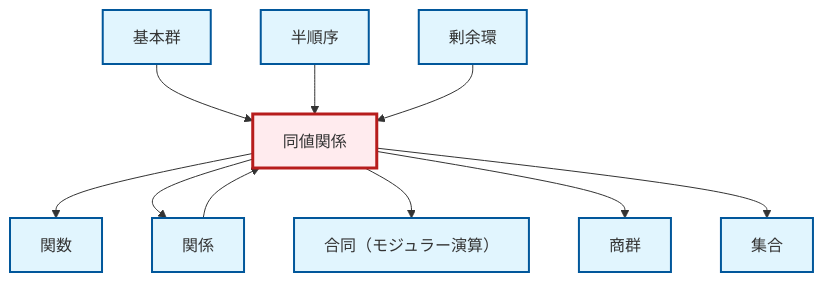
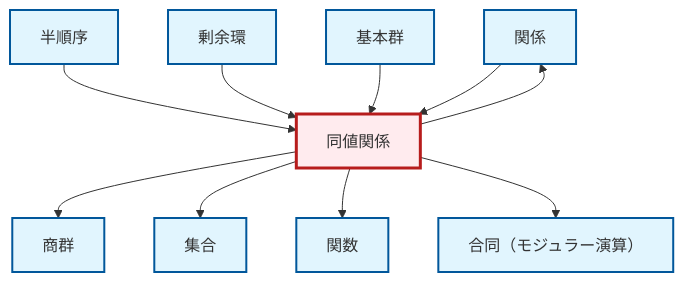
One commit to RK0429/ModernMath changed the diagram in output/mermaid/ja/def-equivalence-relation.mermaid. Above: the diagram before and after it, drawn with Mermaid. The commit also changed other lines of this file and 3102 other files, not shown here.

```diff
--- a/output/mermaid/ja/def-equivalence-relation.mermaid
+++ b/output/mermaid/ja/def-equivalence-relation.mermaid
@@ -1,25 +1,25 @@
 graph TD
     classDef definition fill:#e1f5fe,stroke:#01579b,stroke-width:2px
     classDef theorem fill:#f3e5f5,stroke:#4a148c,stroke-width:2px
     classDef axiom fill:#fff3e0,stroke:#e65100,stroke-width:2px
     classDef example fill:#e8f5e9,stroke:#1b5e20,stroke-width:2px
     classDef current fill:#ffebee,stroke:#b71c1c,stroke-width:3px
-    def-quotient-ring["剰余環"]:::definition
     def-congruence["合同（モジュラー演算）"]:::definition
     def-function["関数"]:::definition
+    def-relation["関係"]:::definition
+    def-equivalence-relation["同値関係"]:::definition
     def-set["集合"]:::definition
-    def-equivalence-relation["同値関係"]:::definition
+    def-partial-order["半順序"]:::definition
     def-fundamental-group["基本群"]:::definition
+    def-quotient-ring["剰余環"]:::definition
     def-quotient-group["商群"]:::definition
-    def-relation["関係"]:::definition
-    def-partial-order["半順序"]:::definition
+    def-equivalence-relation --> def-quotient-group
+    def-partial-order --> def-equivalence-relation
+    def-equivalence-relation --> def-set
     def-equivalence-relation --> def-function
+    def-equivalence-relation --> def-relation
+    def-quotient-ring --> def-equivalence-relation
     def-fundamental-group --> def-equivalence-relation
-    def-equivalence-relation --> def-relation
-    def-partial-order --> def-equivalence-relation
     def-equivalence-relation --> def-congruence
-    def-equivalence-relation --> def-quotient-group
-    def-quotient-ring --> def-equivalence-relation
-    def-equivalence-relation --> def-set
     def-relation --> def-equivalence-relation
     class def-equivalence-relation current
```
